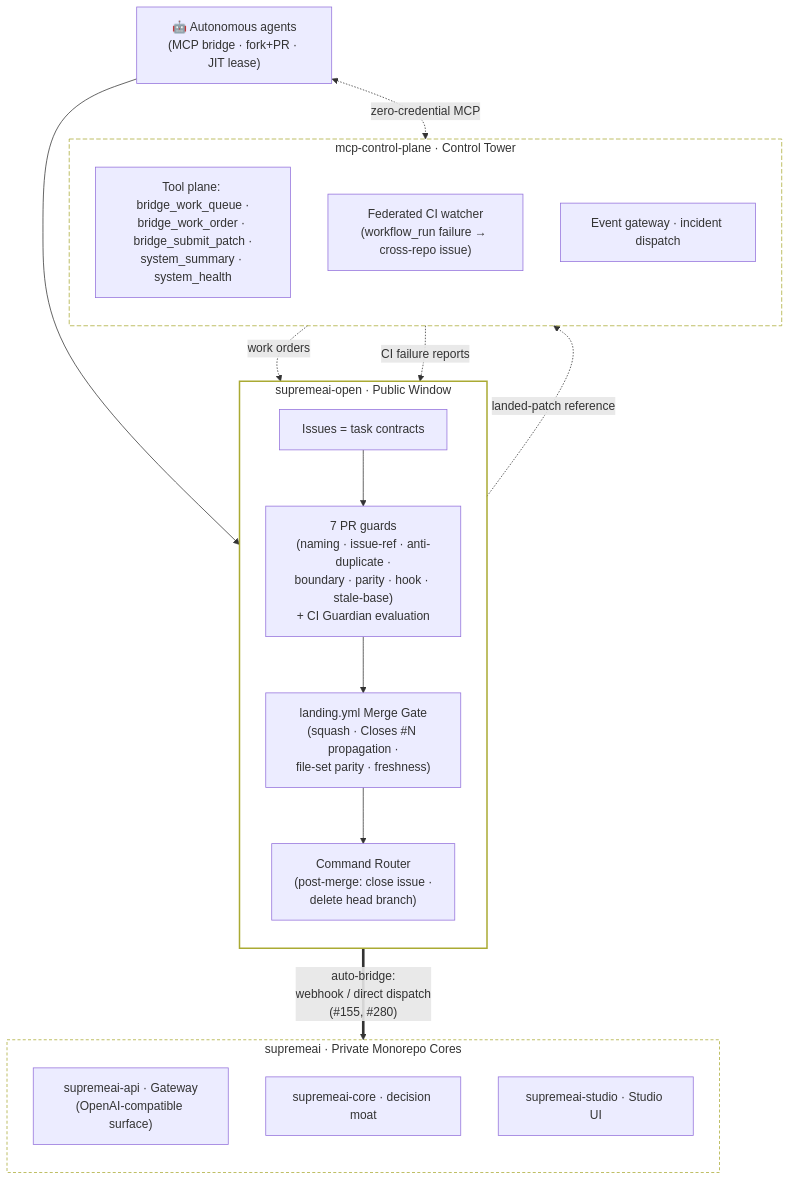
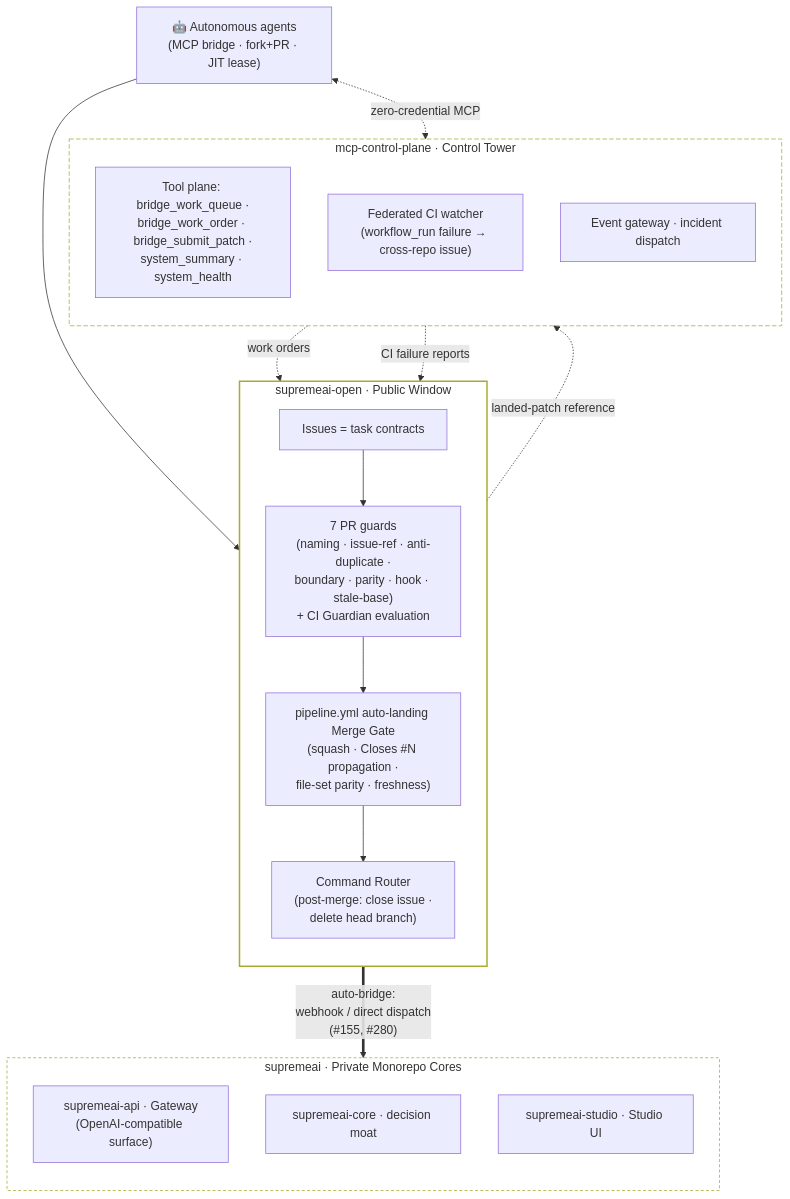
The diagram in ECOSYSTEM_MAP.md (Supremeai-bd/supremeai-open), drawn with Mermaid before and after one commit. The commit also changed other lines of this file, not shown here.

Commit message:
feat(bridge): bridge-20261028-ecosystem-map-landing-drift — update ECOSYSTEM_MAP.md

````diff
--- a/ECOSYSTEM_MAP.md
+++ b/ECOSYSTEM_MAP.md
@@ -113,39 +113,39 @@
 ```mermaid
 flowchart TB
     AGENT["🤖 Autonomous agents<br/>(MCP bridge · fork+PR · JIT lease)"]
 
     subgraph OPEN["supremeai-open · Public Window"]
         direction TB
         TASKS["Issues = task contracts"] --> GUARDS["7 PR guards<br/>(naming · issue-ref · anti-duplicate ·<br/>boundary · parity · hook · stale-base)<br/>+ CI Guardian evaluation"]
-        GUARDS --> GATE["landing.yml Merge Gate<br/>(squash · Closes #N propagation ·<br/>file-set parity · freshness)"]
+        GUARDS --> GATE["pipeline.yml auto-landing Merge Gate<br/>(squash · Closes #N propagation ·<br/>file-set parity · freshness)"]
         GATE --> ROUTER["Command Router<br/>(post-merge: close issue ·<br/>delete head branch)"]
     end
 
     subgraph TOWERBOX["mcp-control-plane · Control Tower"]
         direction TB
         TOOLS["Tool plane: bridge_work_queue ·<br/>bridge_work_order · bridge_submit_patch ·<br/>system_summary · system_health"]
         WATCHER["Federated CI watcher<br/>(workflow_run failure → cross-repo issue)"]
         EVENTS["Event gateway · incident dispatch"]
     end
 
     subgraph PRIVATECORE["supremeai · Private Monorepo Cores"]
         direction TB
         API["supremeai-api · Gateway<br/>(OpenAI-compatible surface)"]
         CORE["supremeai-core · decision moat"]
         STUDIO["supremeai-studio · Studio UI"]
     end
 
     AGENT --> TASKS
     AGENT <-.->|"zero-credential MCP"| TOOLS
     TOOLS -.->|work orders| TASKS
     GATE ==>|"auto-bridge:<br/>webhook / direct dispatch<br/>(#155, #280)"| PRIVATECORE
     WATCHER -.->|CI failure reports| OPEN
     GATE -.->|landed-patch reference| EVENTS
 
     classDef publicbox fill:none,stroke-width:2px;
     classDef towerbox fill:none,stroke-dasharray:6 3;
     classDef privatebox fill:none,stroke-dasharray:4 3;
     class OPEN publicbox;
     class TOWERBOX towerbox;
     class PRIVATECORE privatebox;
 ```
````
